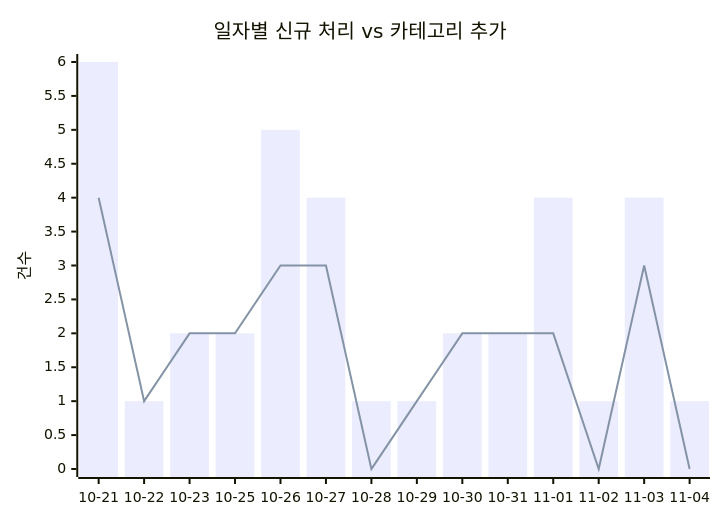
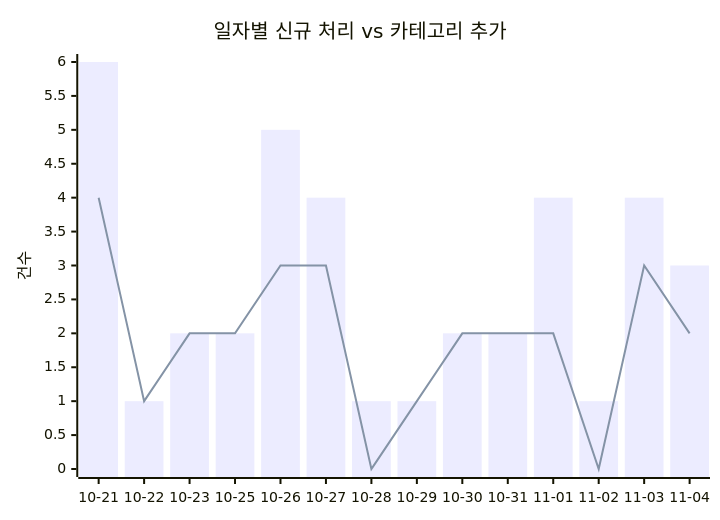
The first of 2 diagrams in docs/trends.md (J-nowcow/awesome-korean-agent-skills), drawn with Mermaid before and after one commit. The commit also changed other lines of this file and 5 other files, not shown here.

````diff
--- a/docs/trends.md
+++ b/docs/trends.md
@@ -32,8 +32,8 @@
 ```mermaid
 xychart-beta
     title "일자별 신규 처리 vs 카테고리 추가"
     x-axis ["10-21","10-22","10-23","10-25","10-26","10-27","10-28","10-29","10-30","10-31","11-01","11-02","11-03","11-04"]
     y-axis "건수"
-    bar [6,1,2,2,5,4,1,1,2,2,4,1,4,1]
-    line [4,1,2,2,3,3,0,1,2,2,2,0,3,0]
+    bar [6,1,2,2,5,4,1,1,2,2,4,1,4,3]
+    line [4,1,2,2,3,3,0,1,2,2,2,0,3,2]
 ```
````
